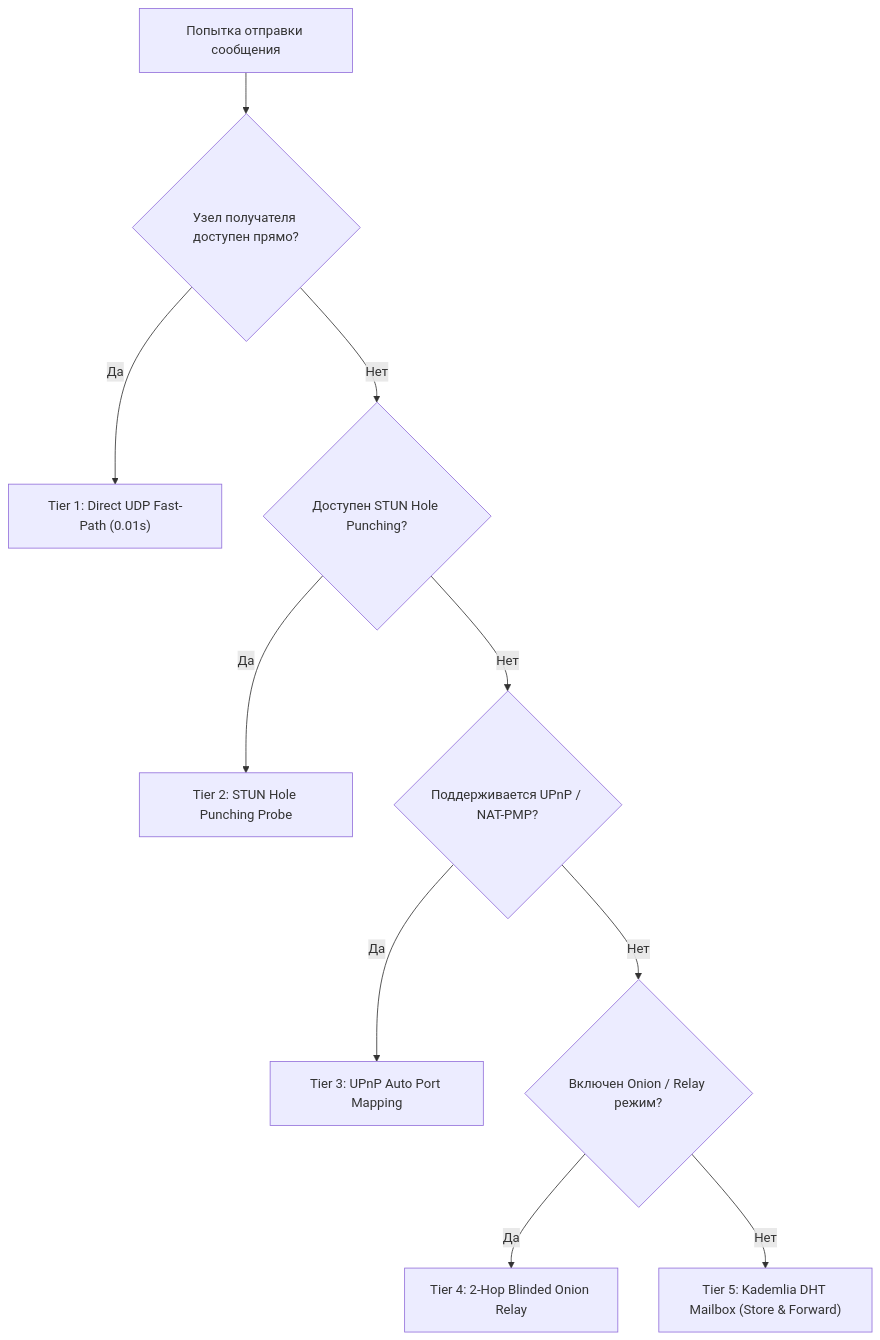
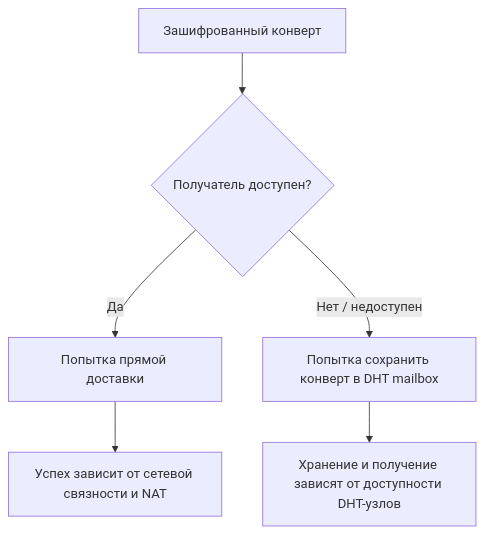
The diagram in readme.md (NetGadz/NodeX), drawn with Mermaid before and after one commit. The commit also changed other lines of this file and 3 other files, not shown here.

````diff
--- a/readme.md
+++ b/readme.md
@@ -151,12 +143,8 @@
 ```mermaid
 flowchart TD
-    A["Попытка отправки сообщения"] --> B{"Узел получателя доступен прямо?"}
-    B -- "Да" --> C["Tier 1: Direct UDP Fast-Path (0.01s)"]
-    B -- "Нет" --> D{"Доступен STUN Hole Punching?"}
-    D -- "Да" --> E["Tier 2: STUN Hole Punching Probe"]
-    D -- "Нет" --> F{"Поддерживается UPnP / NAT-PMP?"}
-    F -- "Да" --> G["Tier 3: UPnP Auto Port Mapping"]
-    F -- "Нет" --> H{"Включен Onion / Relay режим?"}
-    H -- "Да" --> I["Tier 4: 2-Hop Blinded Onion Relay"]
-    H -- "Нет" --> J["Tier 5: Kademlia DHT Mailbox (Store & Forward)"]
+    A["Зашифрованный конверт"] --> B{"Получатель доступен?"}
+    B -- "Да" --> C["Попытка прямой доставки"]
+    B -- "Нет / недоступен" --> D["Попытка сохранить конверт в DHT mailbox"]
+    C --> E["Успех зависит от сетевой связности и NAT"]
+    D --> F["Хранение и получение зависят от доступности DHT-узлов"]
 ```
````
